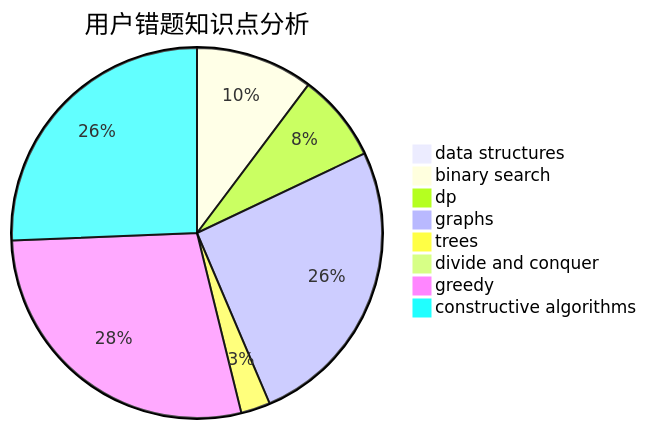
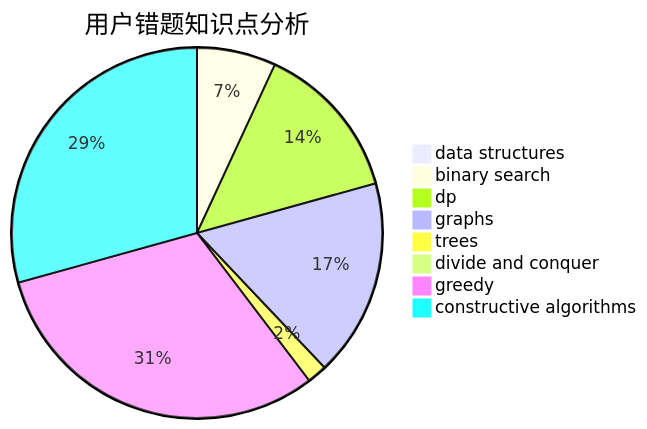
One commit to sherpahu/cfrs.github.io changed the third of 3 diagrams in docs/user/u1342.md. Above: the diagram before and after it, drawn with Mermaid. The commit also changed other lines of this file and 2770 other files, not shown here.

````diff
--- a/docs/user/u1342.md
+++ b/docs/user/u1342.md
@@ -36,11 +36,11 @@
 ```mermaid
 pie title 用户错题知识点分析
     "data structures" :  0
     "binary search" :  4
-    "dp" :  3
+    "dp" :  8
     "graphs" :  10
     "trees" :  1
     "divide and conquer" :  0
-    "greedy" :  11
-    "constructive algorithms" :  10
+    "greedy" :  18
+    "constructive algorithms" :  17
 ```
````
